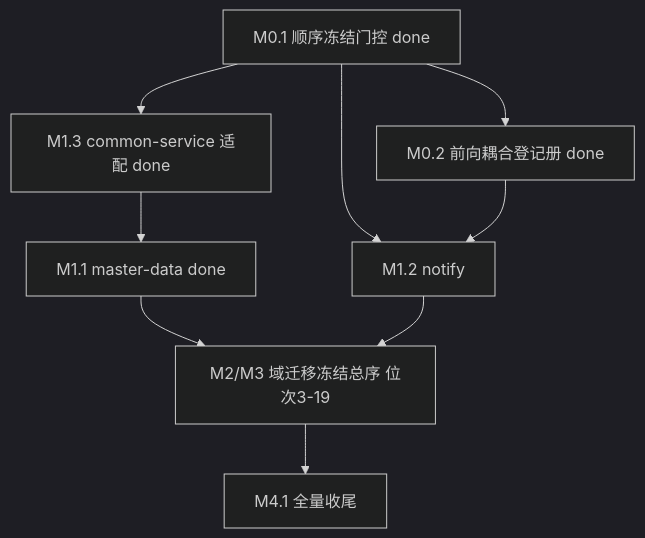
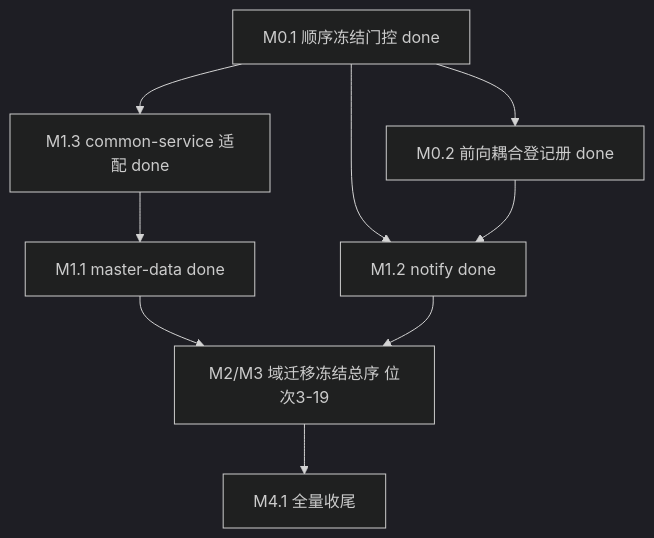
One commit to entropy-cloud/nop-app-erp changed the diagram in docs/backlog/id-string-migration-roadmap.md. Above: the diagram before and after it, drawn with Mermaid (dark theme). The commit also changed other lines of this file and 2 other files, not shown here.

First line of the commit message:
docs(id-string-migration): plan-2026-08-21-1657 docs/roadmap/log update（M1.2 done，第二根域迁移完成，位次 3 aps 解锁）

````diff
--- a/docs/backlog/id-string-migration-roadmap.md
+++ b/docs/backlog/id-string-migration-roadmap.md
@@ -126,11 +126,11 @@
 ```mermaid
 graph TD
     M0[M0.1 顺序冻结门控 done] --> M1_3[M1.3 common-service 适配 done]
     M1_3 --> M1_1[M1.1 master-data done]
     M0 --> M0_2[M0.2 前向耦合登记册 done]
-    M0 --> M1_2[M1.2 notify]
+    M0 --> M1_2[M1.2 notify done]
     M0_2 --> M1_2
     M1_1 --> SEQ[M2/M3 域迁移冻结总序 位次3-19]
     M1_2 --> SEQ
     SEQ --> M4[M4.1 全量收尾]
 ```
````
